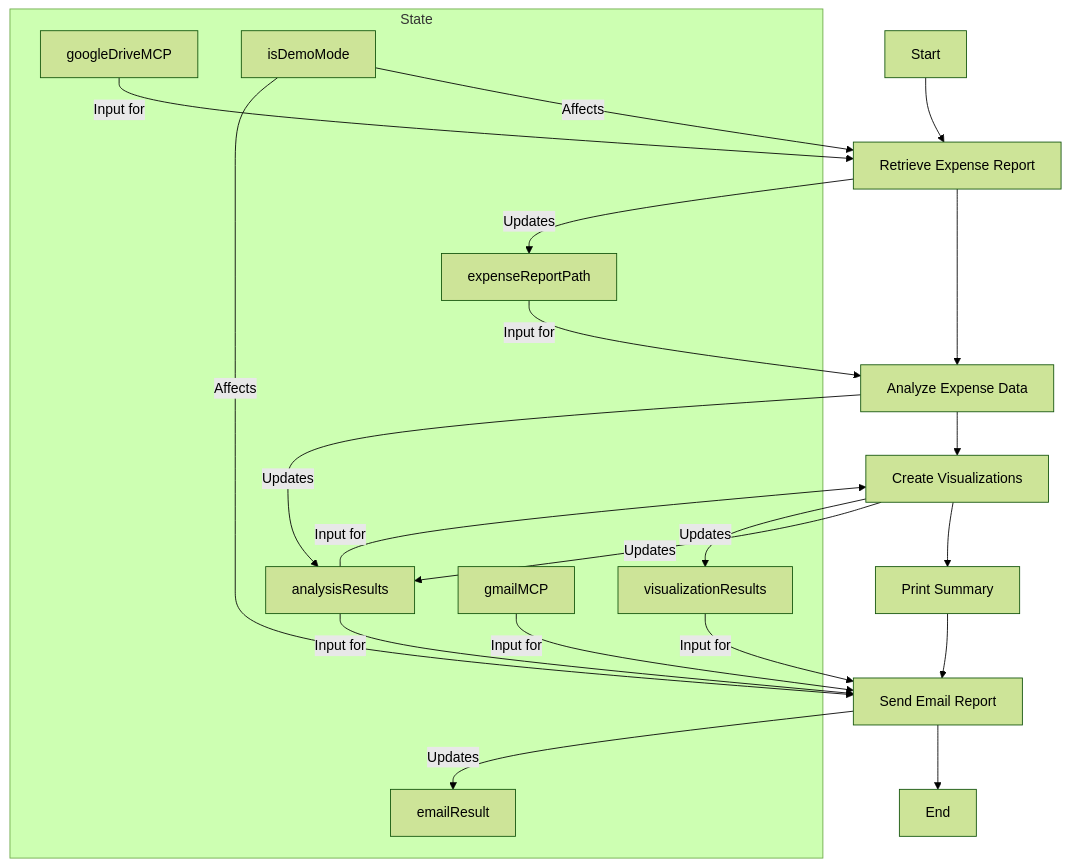
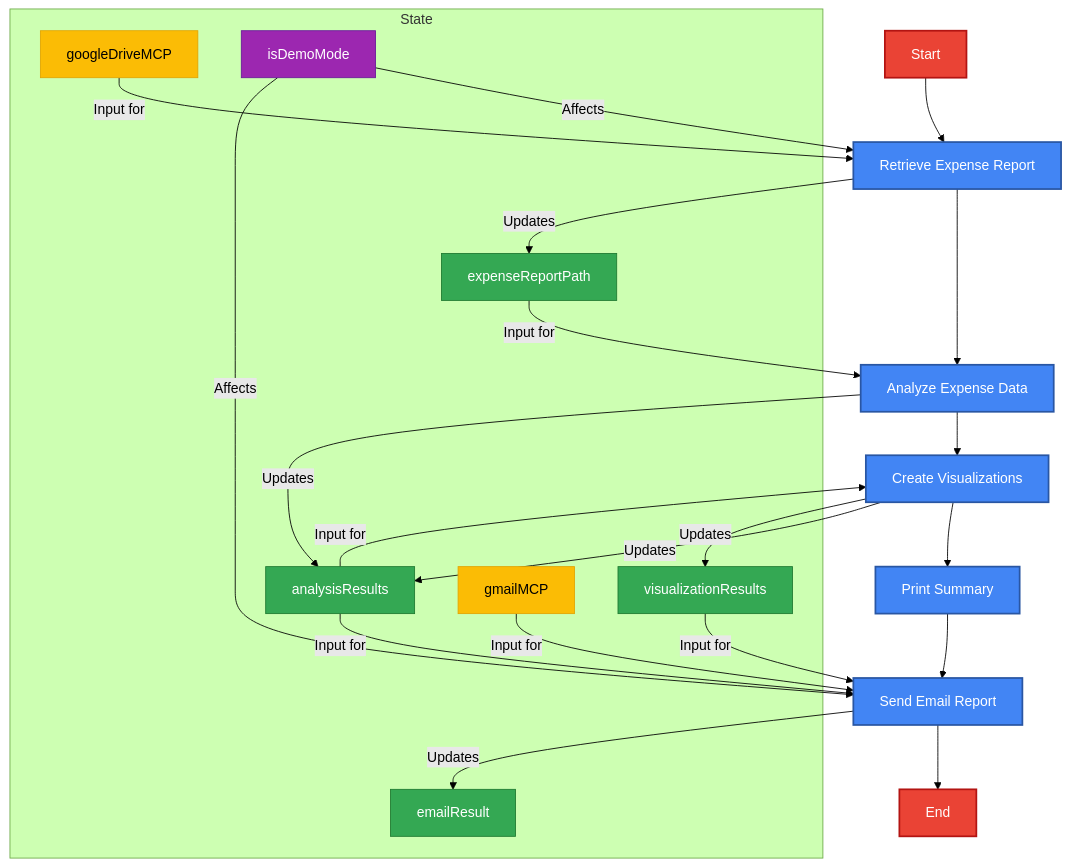
One commit to MilvianGroup/Intern_Monthly_Expense_Analyzer changed the diagram in docs/workflow_diagram.md. Above: the diagram before and after it, drawn with Mermaid (forest theme). The commit also changed 19 other files, not shown here.

````diff
--- a/docs/workflow_diagram.md
+++ b/docs/workflow_diagram.md
@@ -7,34 +7,48 @@
 ```mermaid
 graph TD
+    %% Define styles for different node categories
+    classDef processNode fill:#4285F4,stroke:#2956A3,color:white,stroke-width:2px
+    classDef stateNode fill:#34A853,stroke:#1F7A31,color:white,stroke-width:1px
+    classDef endpointNode fill:#EA4335,stroke:#B31412,color:white,stroke-width:2px
+    classDef mcpNode fill:#FBBC05,stroke:#E2A403,color:black,stroke-width:1px
+    classDef configNode fill:#9C27B0,stroke:#6A1B9A,color:white,stroke-width:1px
+    
     Start[Start] --> RetrieveExpense[Retrieve Expense Report]
     RetrieveExpense --> AnalyzeExpense[Analyze Expense Data]
     AnalyzeExpense --> CreateVisualization[Create Visualizations]
     CreateVisualization --> PrintSummary[Print Summary]
     PrintSummary --> SendEmailReport[Send Email Report]
     SendEmailReport --> End[End]
     
     subgraph "State"
         State1[expenseReportPath]
         State2[analysisResults]
         State3[visualizationResults]
         State4[emailResult]
         State5[googleDriveMCP]
         State6[gmailMCP]
         State7[isDemoMode]
     end
     
     RetrieveExpense -- Updates --> State1
     AnalyzeExpense -- Updates --> State2
     CreateVisualization -- Updates --> State2
     CreateVisualization -- Updates --> State3
     SendEmailReport -- Updates --> State4
     
     State1 -- Input for --> AnalyzeExpense
     State2 -- Input for --> CreateVisualization
     State2 -- Input for --> SendEmailReport
     State3 -- Input for --> SendEmailReport
     State5 -- Input for --> RetrieveExpense
     State6 -- Input for --> SendEmailReport
     State7 -- Affects --> RetrieveExpense
     State7 -- Affects --> SendEmailReport
+    
+    %% Apply styles to nodes
+    class Start,End endpointNode
+    class RetrieveExpense,AnalyzeExpense,CreateVisualization,PrintSummary,SendEmailReport processNode
+    class State1,State2,State3,State4 stateNode
+    class State5,State6 mcpNode
+    class State7 configNode
 ```
````
